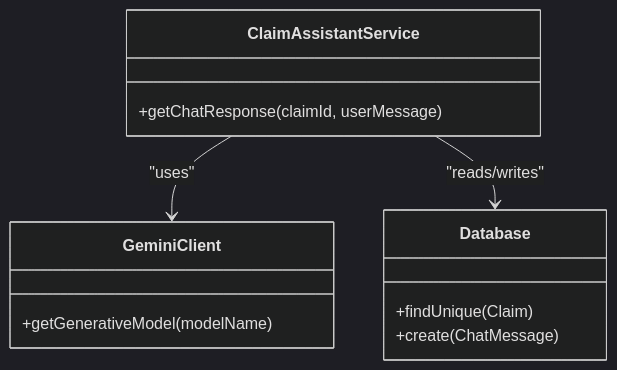
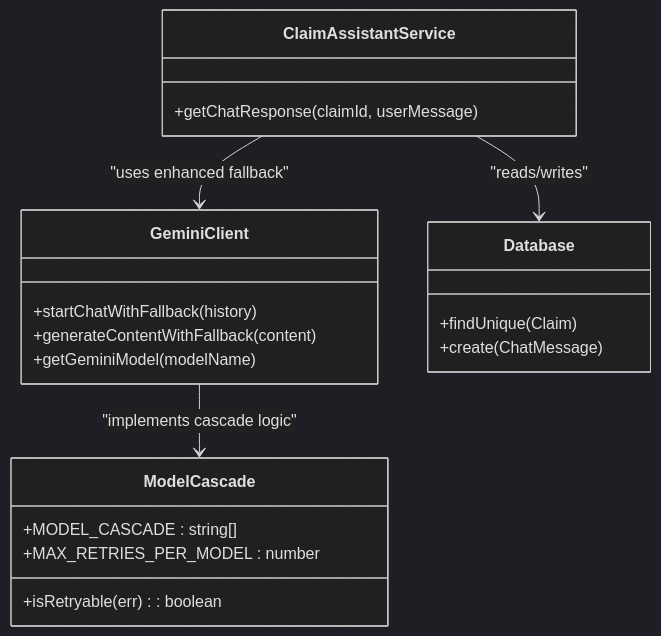
Before and after one commit to NaveenHiranya/Smart-Vehicle-Insurance-Claim-System: the fourth of 8 diagrams in .qoder/repowiki/en/content/AI Services Integration/Claim Assistant Chat Service.md, drawn with Mermaid (dark theme). The commit also changed other lines of this file and 41 other files, not shown here.

````diff
--- a/.qoder/repowiki/en/content/AI Services Integration/Claim Assistant Chat Service.md
+++ b/.qoder/repowiki/en/content/AI Services Integration/Claim Assistant Chat Service.md
@@ -137,15 +158,23 @@
 ```mermaid
 classDiagram
 class ClaimAssistantService {
 +getChatResponse(claimId, userMessage)
 }
 class GeminiClient {
-+getGenerativeModel(modelName)
++startChatWithFallback(history)
++generateContentWithFallback(content)
++getGeminiModel(modelName)
 }
 class Database {
 +findUnique(Claim)
 +create(ChatMessage)
 }
-ClaimAssistantService --> GeminiClient : "uses"
+class ModelCascade {
++MODEL_CASCADE : string[]
++MAX_RETRIES_PER_MODEL : number
++isRetryable(err) : boolean
+}
+ClaimAssistantService --> GeminiClient : "uses enhanced fallback"
+GeminiClient --> ModelCascade : "implements cascade logic"
 ClaimAssistantService --> Database : "reads/writes"
 ```
````
